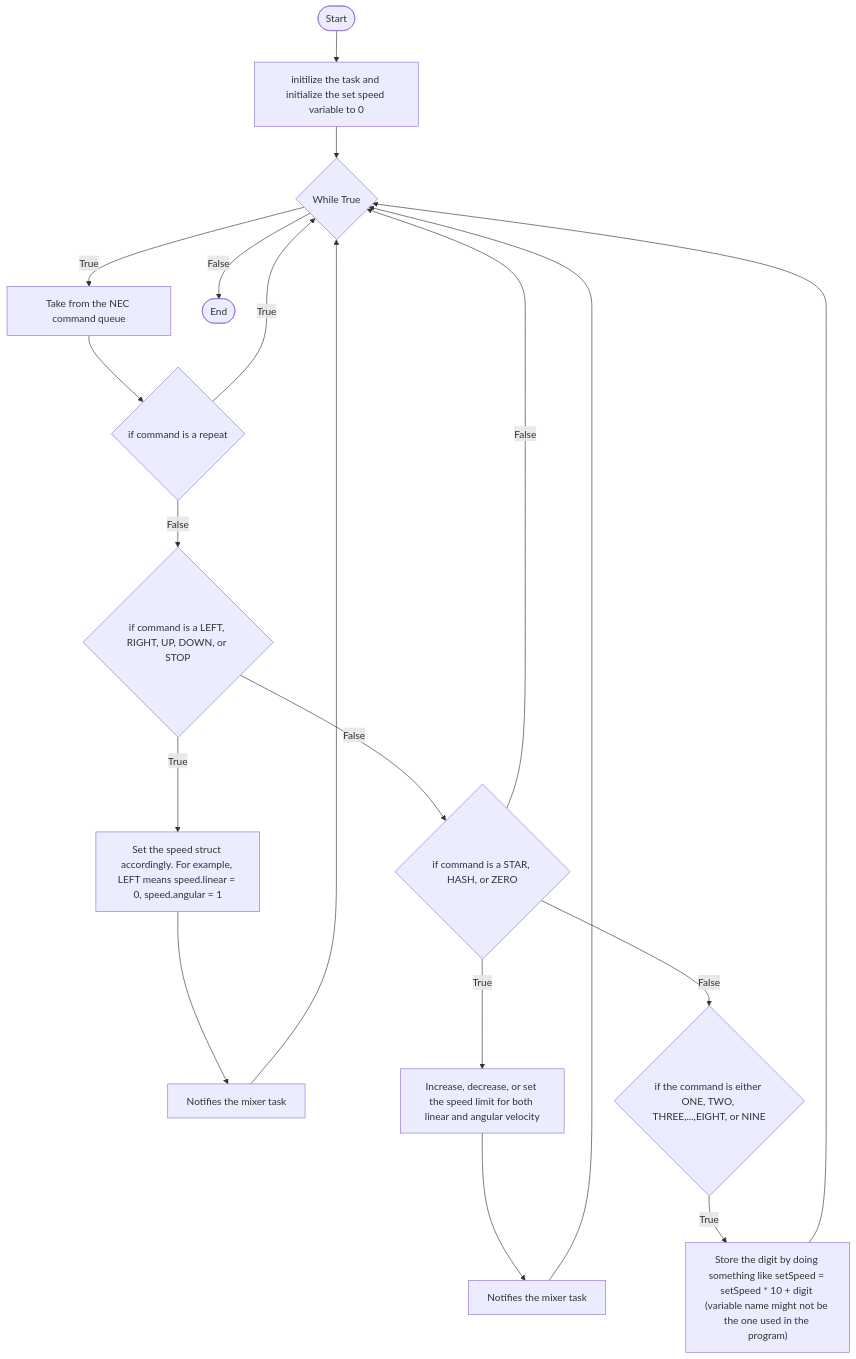
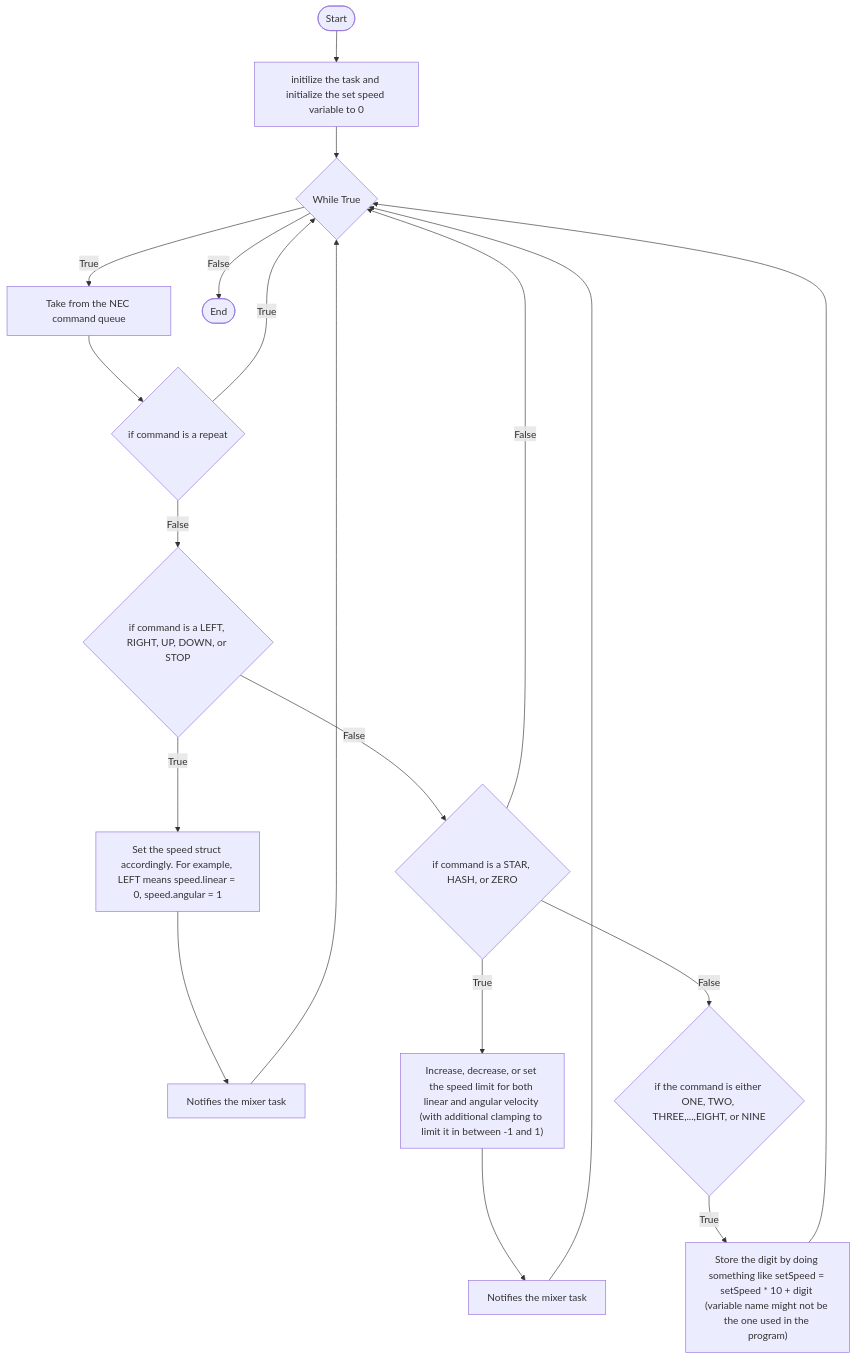
One commit to k1m-ch1/ICT-361-FALL-2026-AUPP changed the diagram in lab_002/flowcharts/nec_rc_flowchart.mmd. Above: the diagram before and after it, drawn with Mermaid.

Commit message:
fixed some stuff in readme

```diff
--- a/lab_002/flowcharts/nec_rc_flowchart.mmd
+++ b/lab_002/flowcharts/nec_rc_flowchart.mmd
@@ -1,24 +1,24 @@
 flowchart TD
     Start([Start]) --> Process1[initilize the task and initialize the set speed variable to 0]
     Process1 --> Condition{While True}
     Condition -- True --> Success[Take from the NEC command queue]
     Success --> Condition2{if command is a repeat}
     Condition2 -- True --> Condition
 
     Condition2 -- False --> Condition3{if command is a LEFT, RIGHT, UP, DOWN, or STOP}
     Condition3 -- True --> MoveRobotProcess[Set the speed struct accordingly. For example, LEFT means speed.linear = 0, speed.angular = 1]
     MoveRobotProcess --> NotifyMixerTaskProcess[Notifies the mixer task]
     NotifyMixerTaskProcess --> Condition
 
     Condition3 -- False --> Condition4{if command is a STAR, HASH, or ZERO}
-    Condition4 -- True --> SetSpeedLimit[Increase, decrease, or set the speed limit for both linear and angular velocity]
+    Condition4 -- True --> SetSpeedLimit["Increase, decrease, or set the speed limit for both linear and angular velocity (with additional clamping to limit it in between -1 and 1)"]
     SetSpeedLimit --> NotifyMixerTaskProcess1[Notifies the mixer task]
     NotifyMixerTaskProcess1 --> Condition
 
     Condition4 -- False --> Condition5{if the command is either ONE, TWO, THREE,...,EIGHT, or NINE}
     Condition5 -- True --> StoreDigit["Store the digit by doing something like setSpeed = setSpeed * 10 + digit (variable name might not be the one used in the program)"]
 
     StoreDigit --> Condition
 
     Condition4 -- False --> Condition
     Condition -- False --> End([End])
```
